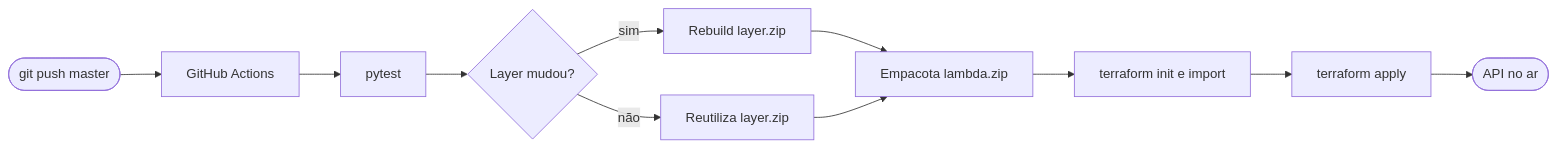
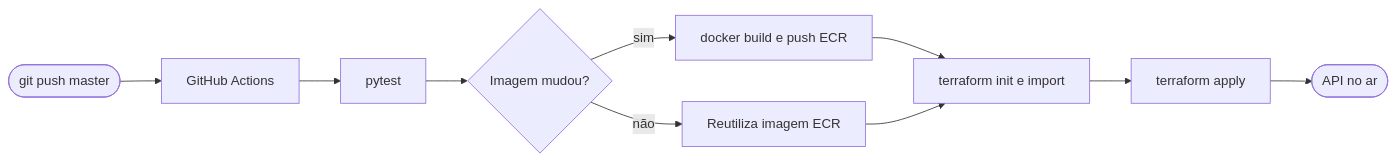
One commit to sophie-pyxis/mlops_engineer_test_01 changed the third of 3 diagrams in README.md. Above: the diagram before and after it, drawn with Mermaid. The commit also changed other lines of this file and 3 other files, not shown here.

Commit message:
fix(infra): substitui Lambda Layer por container image no ECR para contornar limite de 250MB

````diff
--- a/README.md
+++ b/README.md
@@ -188,24 +186,22 @@
 ```mermaid
 flowchart LR
     Push([git push master])
     GHA[GitHub Actions]
     Test[pytest]
-    S3Check{Layer mudou?}
-    BuildLayer[Rebuild layer.zip]
-    SkipLayer[Reutiliza layer.zip]
-    Pkg[Empacota lambda.zip]
+    Check{Imagem mudou?}
+    Build[docker build e push ECR]
+    Skip[Reutiliza imagem ECR]
     TF[terraform init e import]
     Apply[terraform apply]
     Deploy([API no ar])
 
     Push --> GHA
     GHA --> Test
-    Test --> S3Check
-    S3Check -->|sim| BuildLayer
-    S3Check -->|não| SkipLayer
-    BuildLayer --> Pkg
-    SkipLayer --> Pkg
-    Pkg --> TF
+    Test --> Check
+    Check -->|sim| Build
+    Check -->|não| Skip
+    Build --> TF
+    Skip --> TF
     TF --> Apply
     Apply --> Deploy
 ```
````
